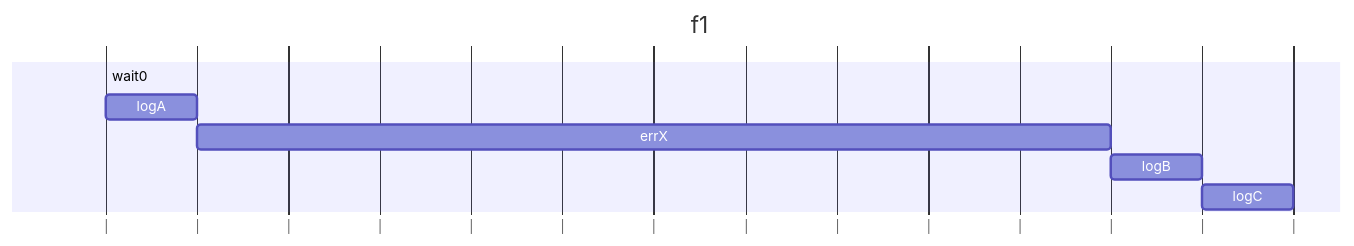
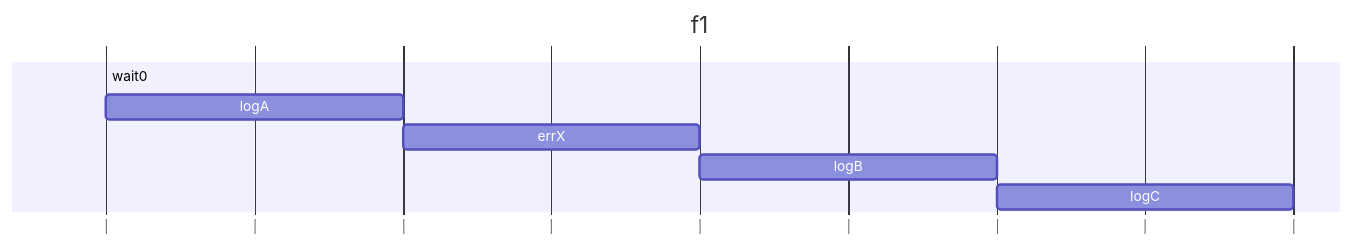
Before and after one commit to Shogo-Sumi/sample: the diagram in exercises/ch13/ex02/f3.md, drawn with Mermaid. The commit also changed 2 other files, not shown here.

Commit message:
[Add]ex02

````diff
--- a/exercises/ch13/ex02/f3.md
+++ b/exercises/ch13/ex02/f3.md
@@ -1,11 +1,11 @@
 ```mermaid
 gantt
   title f1
   dateFormat  s
   axisFormat |
     wait0 :w0, 0, 0s
     logA  :l1, after w0, 0.2s
-    errX  :e1, after l1, 02s
+    errX  :e1, after l1, 0.2s
     logB  :l2, after e1, 0.2s
     logC  :l3, after l2, 0.2s
 ```
````
